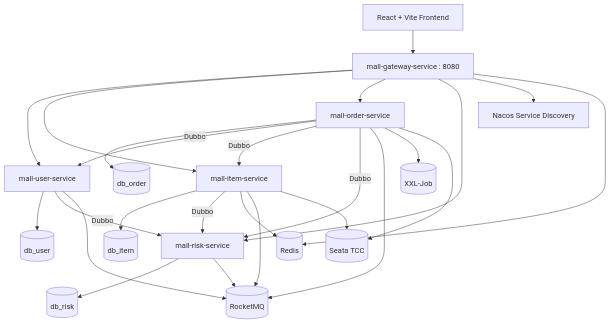
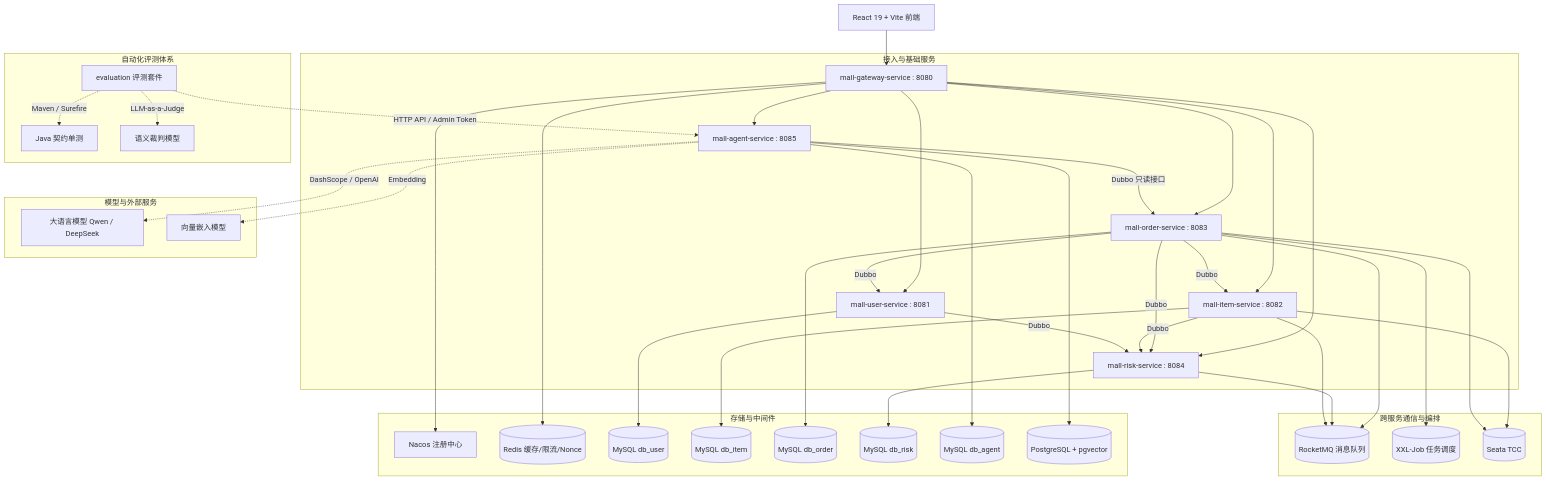
The diagram in README.md (siyuTao347/yue-mall-ai), drawn with Mermaid before and after one commit. The commit also changed other lines of this file and 354 other files, not shown here.

````diff
--- a/README.md
+++ b/README.md
@@ -61,31 +71,49 @@
 ```mermaid
 flowchart TD
-    FE[React + Vite Frontend] --> GW[mall-gateway-service : 8080]
-    GW --> User[mall-user-service]
-    GW --> Item[mall-item-service]
-    GW --> Order[mall-order-service]
-    GW --> Risk[mall-risk-service]
+    FE[React 19 + Vite 前端] --> GW[mall-gateway-service : 8080]
 
-    GW --> Nacos[Nacos Service Discovery]
-    GW --> Redis[(Redis Rate Limit)]
+    subgraph 接入与基础服务
+        GW --> User[mall-user-service : 8081]
+        GW --> Item[mall-item-service : 8082]
+        GW --> Order[mall-order-service : 8083]
+        GW --> Risk[mall-risk-service : 8084]
+        GW --> Agent[mall-agent-service : 8085]
+    end
 
-    User --> UserDB[(db_user)]
-    Item --> ItemDB[(db_item)]
-    Order --> OrderDB[(db_order)]
-    Risk --> RiskDB[(db_risk)]
+    subgraph 存储与中间件
+        GW --> Nacos[Nacos 注册中心]
+        GW --> Redis[(Redis 缓存/限流/Nonce)]
+        User --> UserDB[(MySQL db_user)]
+        Item --> ItemDB[(MySQL db_item)]
+        Order --> OrderDB[(MySQL db_order)]
+        Risk --> RiskDB[(MySQL db_risk)]
+        Agent --> AgentDB[(MySQL db_agent)]
+        Agent --> PgVector[(PostgreSQL + pgvector)]
+    end
 
-    Order -->|Dubbo| User
-    Order -->|Dubbo| Item
-    Order -->|Dubbo| Risk
-    Item -->|Dubbo| Risk
-    User -->|Dubbo| Risk
+    subgraph 跨服务通信与编排
+        Order -->|Dubbo| User
+        Order -->|Dubbo| Item
+        Order -->|Dubbo| Risk
+        Item -->|Dubbo| Risk
+        User -->|Dubbo| Risk
+        Agent -->|Dubbo 只读接口| Order
+        Order --> MQ[(RocketMQ 消息队列)]
+        Risk --> MQ
+        Item --> MQ
+        Order --> Job[(XXL-Job 任务调度)]
+        Item --> Seata[(Seata TCC)]
+        Order --> Seata
+    end
 
-    Item --> Redis[(Redis)]
-    User --> MQ[(RocketMQ)]
-    Item --> MQ
-    Order --> MQ[(RocketMQ)]
-    Risk --> MQ
-    Order --> Job[(XXL-Job)]
-    Item --> Seata[(Seata TCC)]
-    Order --> Seata
+    subgraph 模型与外部服务
+        Agent -.->|DashScope / OpenAI| LLM[大语言模型 Qwen / DeepSeek]
+        Agent -.->|Embedding| EmbedModel[向量嵌入模型]
+    end
+
+    subgraph 自动化评测体系
+        Eval[evaluation 评测套件] -.->|HTTP API / Admin Token| Agent
+        Eval -.->|Maven / Surefire| UnitTests[Java 契约单测]
+        Eval -.->|LLM-as-a-Judge| Judge[语义裁判模型]
+    end
 ```
````
